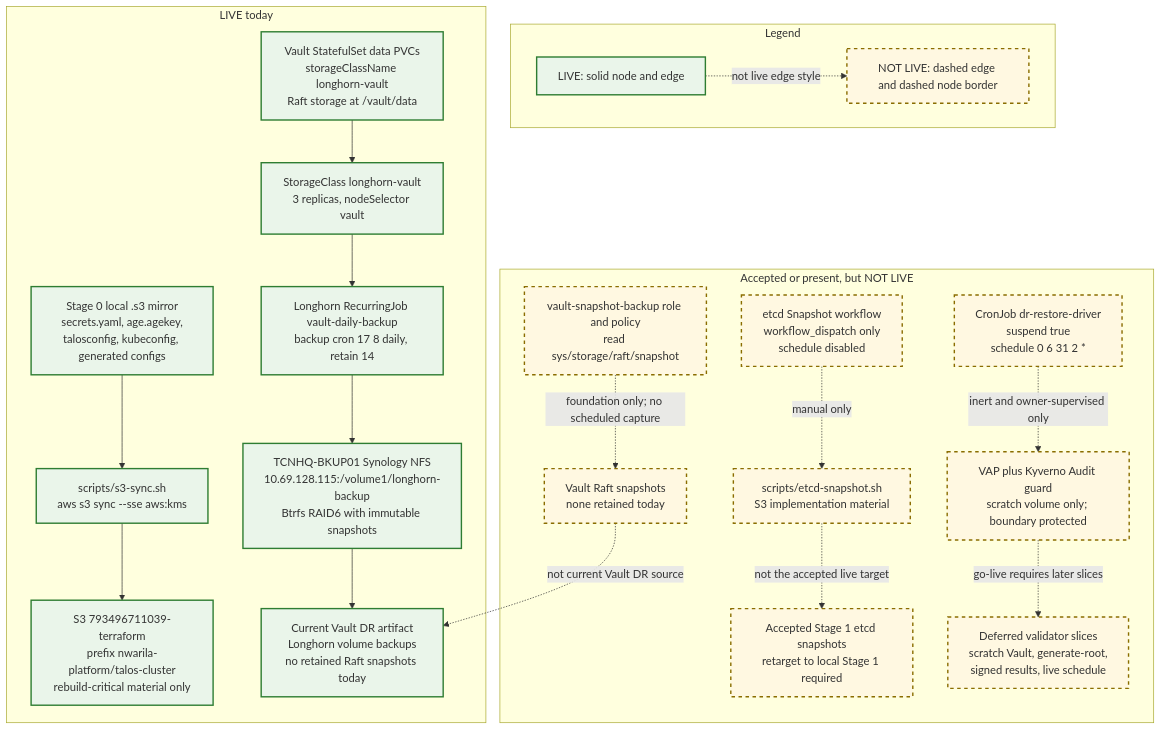
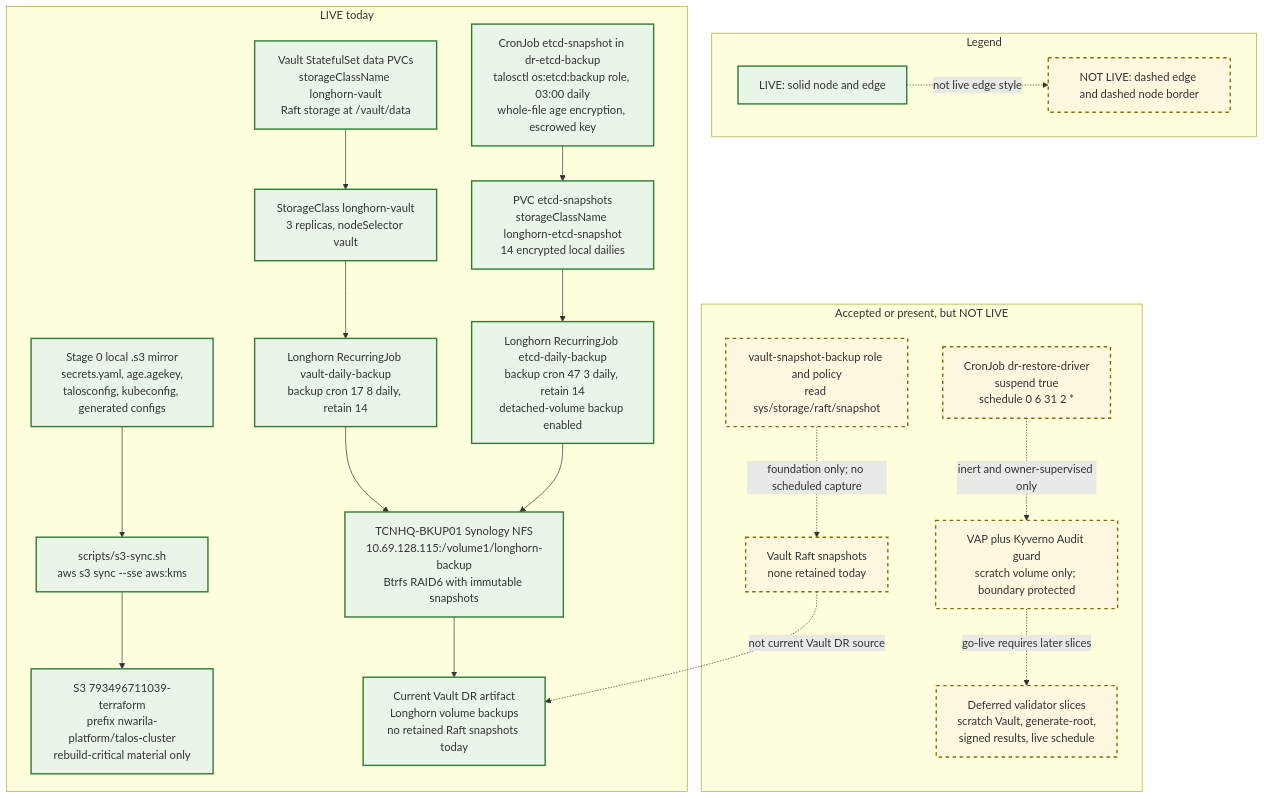
Before and after one commit to nwarila-platform/talos-cluster: the fourth of 4 diagrams in docs/explanation/architecture.md, drawn with Mermaid. The commit also changed other lines of this file and 9 other files, not shown here.

First line of the commit message:
ADR-0026: in-cluster etcd snapshot pipeline; retire the S3 workflow (#265)

````diff
--- a/docs/explanation/architecture.md
+++ b/docs/explanation/architecture.md
@@ -252,49 +255,50 @@
 ```mermaid
 flowchart TD
   subgraph Legend["Legend"]
     LiveLegend["LIVE: solid node and edge"]
     NotLiveLegend["NOT LIVE: dashed edge and dashed node border"]
     LiveLegend -. "not live edge style" .-> NotLiveLegend
   end
 
   subgraph Live["LIVE today"]
     Stage0Local["Stage 0 local .s3 mirror<br/>secrets.yaml, age.agekey,<br/>talosconfig, kubeconfig, generated configs"]
     S3Sync["scripts/s3-sync.sh<br/>aws s3 sync --sse aws:kms"]
     S3Bucket["S3 793496711039-terraform<br/>prefix nwarila-platform/talos-cluster<br/>rebuild-critical material only"]
     VaultPVC["Vault StatefulSet data PVCs<br/>storageClassName longhorn-vault<br/>Raft storage at /vault/data"]
     LonghornVault["StorageClass longhorn-vault<br/>3 replicas, nodeSelector vault"]
     VaultDailyBackup["Longhorn RecurringJob vault-daily-backup<br/>backup cron 17 8 daily, retain 14"]
     Synology["TCNHQ-BKUP01 Synology NFS<br/>10.69.128.115:/volume1/longhorn-backup<br/>Btrfs RAID6 with immutable snapshots"]
     CurrentVaultDR["Current Vault DR artifact<br/>Longhorn volume backups<br/>no retained Raft snapshots today"]
+    EtcdCronJob["CronJob etcd-snapshot in dr-etcd-backup<br/>talosctl os:etcd:backup role, 03:00 daily<br/>whole-file age encryption, escrowed key"]
+    EtcdPVC["PVC etcd-snapshots<br/>storageClassName longhorn-etcd-snapshot<br/>14 encrypted local dailies"]
+    EtcdDailyBackup["Longhorn RecurringJob etcd-daily-backup<br/>backup cron 47 3 daily, retain 14<br/>detached-volume backup enabled"]
   end
 
   subgraph NotLive["Accepted or present, but NOT LIVE"]
-    EtcdWorkflow["etcd Snapshot workflow<br/>workflow_dispatch only<br/>schedule disabled"]
-    EtcdScript["scripts/etcd-snapshot.sh<br/>S3 implementation material"]
-    EtcdStage1["Accepted Stage 1 etcd snapshots<br/>retarget to local Stage 1 required"]
     VaultSnapshotRole["vault-snapshot-backup role and policy<br/>read sys/storage/raft/snapshot"]
     VaultRaftSnapshots["Vault Raft snapshots<br/>none retained today"]
     RestoreValidator["CronJob dr-restore-driver<br/>suspend true<br/>schedule 0 6 31 2 *"]
     ValidatorGuard["VAP plus Kyverno Audit guard<br/>scratch volume only; boundary protected"]
     FutureValidator["Deferred validator slices<br/>scratch Vault, generate-root,<br/>signed results, live schedule"]
   end
 
   Stage0Local --> S3Sync
   S3Sync --> S3Bucket
   VaultPVC --> LonghornVault
   LonghornVault --> VaultDailyBackup
   VaultDailyBackup --> Synology
   Synology --> CurrentVaultDR
 
-  EtcdWorkflow -. "manual only" .-> EtcdScript
-  EtcdScript -. "not the accepted live target" .-> EtcdStage1
+  EtcdCronJob --> EtcdPVC
+  EtcdPVC --> EtcdDailyBackup
+  EtcdDailyBackup --> Synology
   VaultSnapshotRole -. "foundation only; no scheduled capture" .-> VaultRaftSnapshots
   VaultRaftSnapshots -. "not current Vault DR source" .-> CurrentVaultDR
   RestoreValidator -. "inert and owner-supervised only" .-> ValidatorGuard
   ValidatorGuard -. "go-live requires later slices" .-> FutureValidator
 
   classDef live fill:#eaf5ea,stroke:#2e7d32,stroke-width:2px;
   classDef notlive fill:#fff8e1,stroke:#8a6d00,stroke-width:2px,stroke-dasharray: 5 5;
-  class Stage0Local,S3Sync,S3Bucket,VaultPVC,LonghornVault,VaultDailyBackup,Synology,CurrentVaultDR,LiveLegend live;
-  class EtcdWorkflow,EtcdScript,EtcdStage1,VaultSnapshotRole,VaultRaftSnapshots,RestoreValidator,ValidatorGuard,FutureValidator,NotLiveLegend notlive;
+  class Stage0Local,S3Sync,S3Bucket,VaultPVC,LonghornVault,VaultDailyBackup,Synology,CurrentVaultDR,EtcdCronJob,EtcdPVC,EtcdDailyBackup,LiveLegend live;
+  class VaultSnapshotRole,VaultRaftSnapshots,RestoreValidator,ValidatorGuard,FutureValidator,NotLiveLegend notlive;
 ```
````
